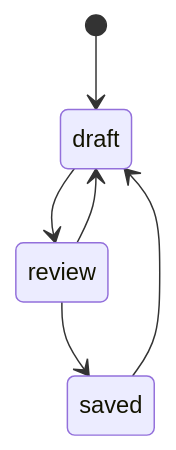
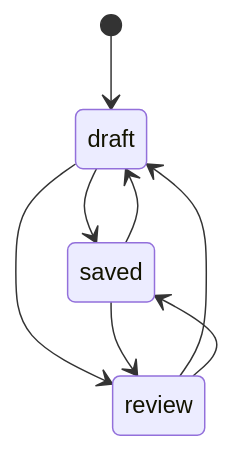
The diagram in docs/domain/models/document-state.md (nerdchanii/realtime-markdown-editor), drawn with Mermaid before and after one commit. The commit also changed other lines of this file and 17 other files, not shown here.

Commit message:
docs: align architecture boundary docs

````diff
--- a/docs/domain/models/document-state.md
+++ b/docs/domain/models/document-state.md
@@ -27,8 +27,10 @@
 ```mermaid
 stateDiagram-v2
   [*] --> draft
+  draft --> saved
   draft --> review
   review --> draft
   review --> saved
   saved --> draft
+  saved --> review
 ```
````
